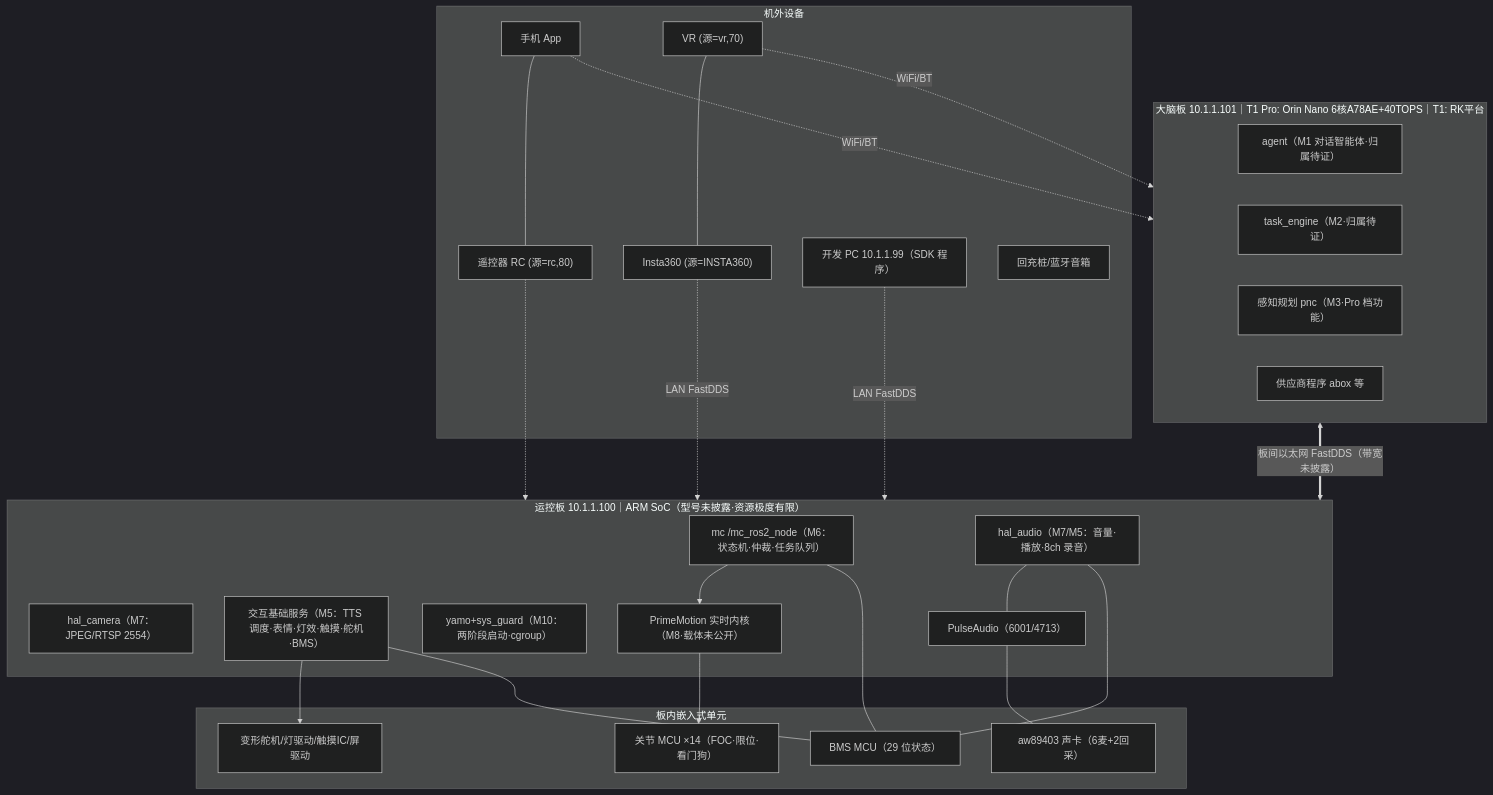
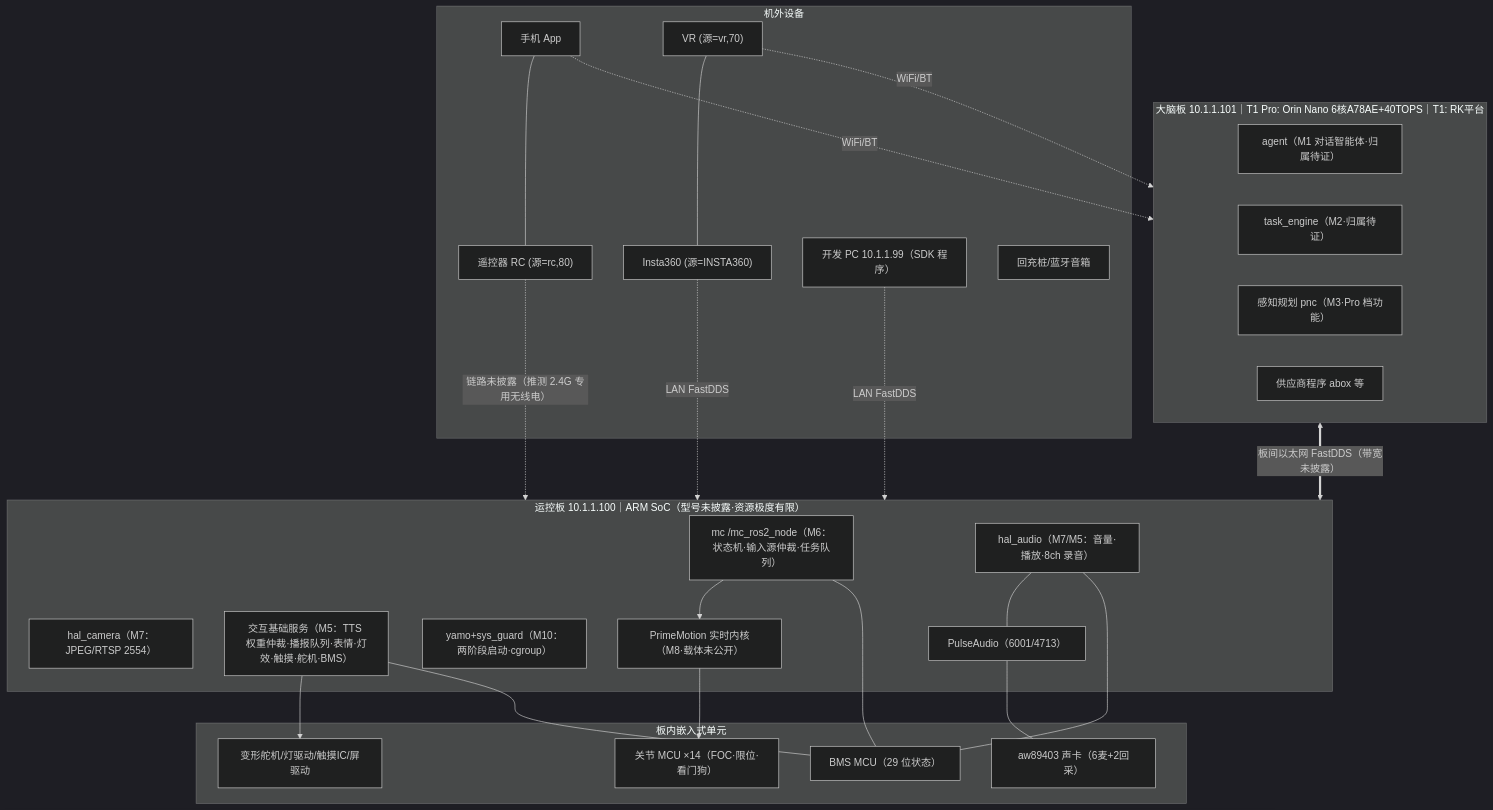
The third of 4 diagrams in t1-pro-developer-sdk-analysis.md (liqiliang9090/myrobot), drawn with Mermaid (dark theme) before and after one commit. The commit also changed other lines of this file, not shown here.

Commit message:
§5.3.9 部署总图：RC 链路显式标注与双仲裁对称标注
- RC→运控板边标注"链路未披露（推测 2.4G 专用无线电）"，
  图下脚注补充三条外部链路的口径说明（RC 非 DDS 参与者等）
- MC 节点"仲裁"精确为"输入源仲裁"；交互服务节点补"TTS 权重
  仲裁·播报队列"，与 MC 对称呈现双仲裁体系，脚注互引 6.2/6.3
- 5.3.10 待验证清单追加第 7 条：遥控器链路制式的实机判定法

````diff
--- a/t1-pro-developer-sdk-analysis.md
+++ b/t1-pro-developer-sdk-analysis.md
@@ -849,42 +849,42 @@
 ```mermaid
 flowchart TB
     subgraph EXT["机外设备"]
         APP["手机 App"] --- RC["遥控器 RC (源=rc,80)"]
         VR["VR (源=vr,70)"] --- INSTA["Insta360 (源=INSTA360)"]
         PC["开发 PC 10.1.1.99（SDK 程序）"]
         DOCK["回充桩/蓝牙音箱"]
     end
 
     subgraph SOC1["大脑板 10.1.1.101｜T1 Pro: Orin Nano 6核A78AE+40TOPS｜T1: RK平台"]
         AG["agent（M1 对话智能体·归属待证）"]
         TE["task_engine（M2·归属待证）"]
         PNC["感知规划 pnc（M3·Pro 档功能）"]
         VEN["供应商程序 abox 等"]
     end
 
     subgraph SOC0["运控板 10.1.1.100｜ARM SoC（型号未披露·资源极度有限）"]
-        MC["mc /mc_ros2_node（M6：状态机·仲裁·任务队列）"]
+        MC["mc /mc_ros2_node（M6：状态机·输入源仲裁·任务队列）"]
         HALC["hal_camera（M7：JPEG/RTSP 2554）"]
         HALA["hal_audio（M7/M5：音量·播放·8ch 录音）"]
-        INTX["交互基础服务（M5：TTS 调度·表情·灯效·触摸·舵机·BMS）"]
+        INTX["交互基础服务（M5：TTS 权重仲裁·播报队列·表情·灯效·触摸·舵机·BMS）"]
         YAMO["yamo+sys_guard（M10：两阶段启动·cgroup）"]
         PA["PulseAudio（6001/4713）"]
         PM8["PrimeMotion 实时内核（M8·载体未公开）"]
     end
 
     subgraph MCU["板内嵌入式单元"]
         JM["关节 MCU ×14（FOC·限位·看门狗）"]
         BMSM["BMS MCU（29 位状态）"]
         AUD["aw89403 声卡（6麦+2回采）"]
         SRV["变形舵机/灯驱动/触摸IC/屏驱动"]
     end
 
     APP & VR -.->|"WiFi/BT"| SOC1
-    RC -.-> SOC0
+    RC -.->|"链路未披露（推测 2.4G 专用无线电）"| SOC0
     PC & INSTA -.->|"LAN FastDDS"| SOC0
     SOC1 <==>|"板间以太网 FastDDS（带宽未披露）"| SOC0
     MC --> PM8 --> JM
     INTX --> SRV
     HALA --- PA --- AUD
     HALA & INTX & MC --- BMSM
 ```
````
